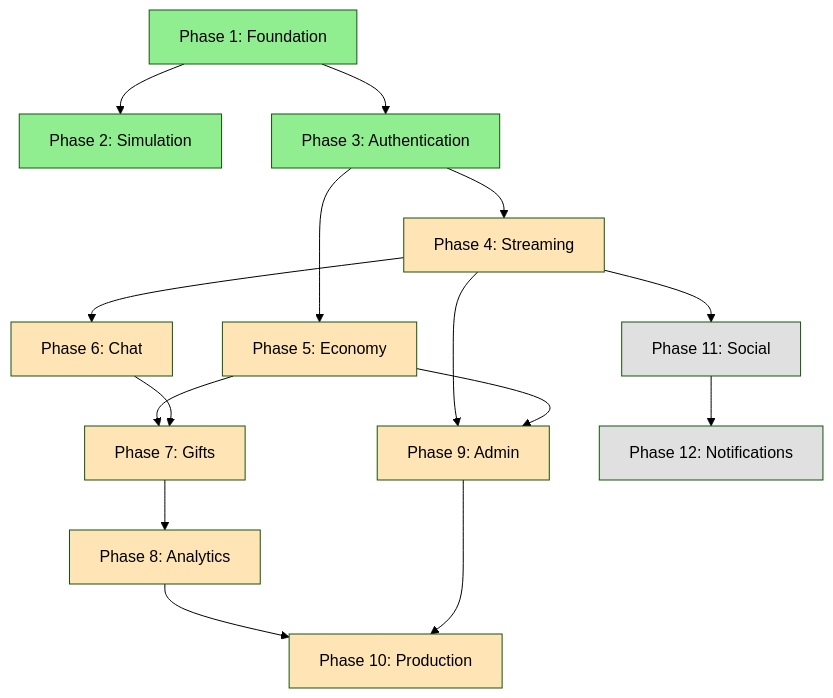
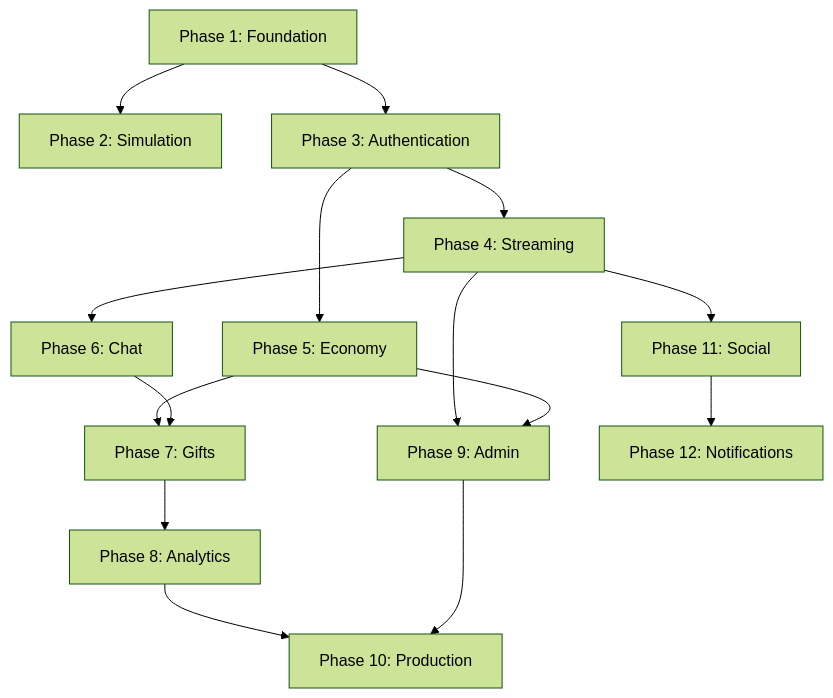
Before and after one commit to HungPhan200591/live-stream-backend: the diagram in docs/implementation/000_ROADMAP.md, drawn with Mermaid (forest theme). The commit also changed other lines of this file and 2 other files, not shown here.

Commit message:
feat: Implement global exception handling for common application errors and add a comprehensive project implementation roadmap.

````diff
--- a/docs/implementation/000_ROADMAP.md
+++ b/docs/implementation/000_ROADMAP.md
@@ -39,30 +39,17 @@
 ```mermaid
 graph TD
     P1[Phase 1: Foundation] --> P2[Phase 2: Simulation]
     P1 --> P3[Phase 3: Authentication]
     P3 --> P4[Phase 4: Streaming]
     P3 --> P5[Phase 5: Economy]
     P4 --> P6[Phase 6: Chat]
     P5 --> P7[Phase 7: Gifts]
     P6 --> P7
     P7 --> P8[Phase 8: Analytics]
     P4 --> P9[Phase 9: Admin]
     P5 --> P9
     P8 --> P10[Phase 10: Production]
     P9 --> P10
     P4 --> P11[Phase 11: Social]
     P11 --> P12[Phase 12: Notifications]
-    
-    style P1 fill:#90EE90
-    style P2 fill:#90EE90
-    style P3 fill:#90EE90
-    style P4 fill:#FFE4B5
-    style P5 fill:#FFE4B5
-    style P6 fill:#FFE4B5
-    style P7 fill:#FFE4B5
-    style P8 fill:#FFE4B5
-    style P9 fill:#FFE4B5
-    style P10 fill:#FFE4B5
-    style P11 fill:#E0E0E0
-    style P12 fill:#E0E0E0
 ```
````
